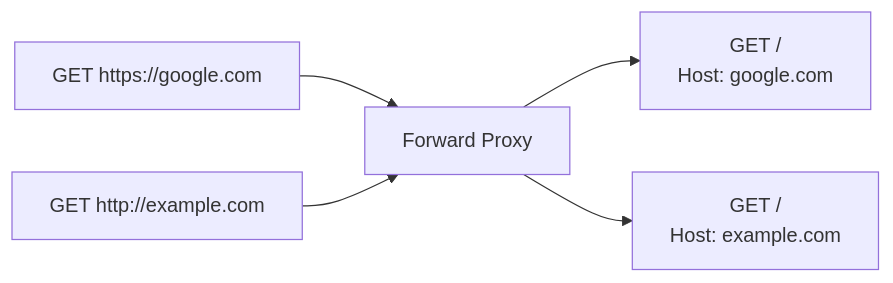
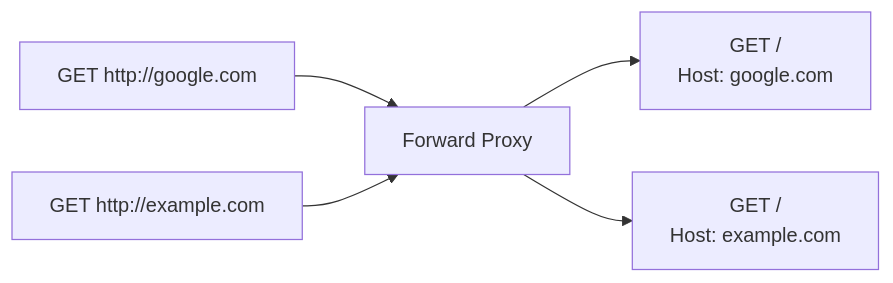
One commit to samuel871211/yusheng-tech-blog changed the first of 8 diagrams in docs/nodejs/http_proxy.md. Above: the diagram before and after it, drawn with Mermaid. The commit also changed other lines of this file and 8 other files, not shown here.

Commit message:
http_proxy images

````diff
--- a/docs/nodejs/http_proxy.md
+++ b/docs/nodejs/http_proxy.md
@@ -16,7 +16,7 @@
 ```mermaid
 flowchart LR
-  A["GET https://google.com"] --> B[Forward Proxy]
+  A["GET http://google.com"] --> B[Forward Proxy]
   C["GET http://example.com"] --> B
   B --> D["GET /<br/>Host: google.com"]
   B --> E["GET /<br/>Host: example.com"]
 ```
````
